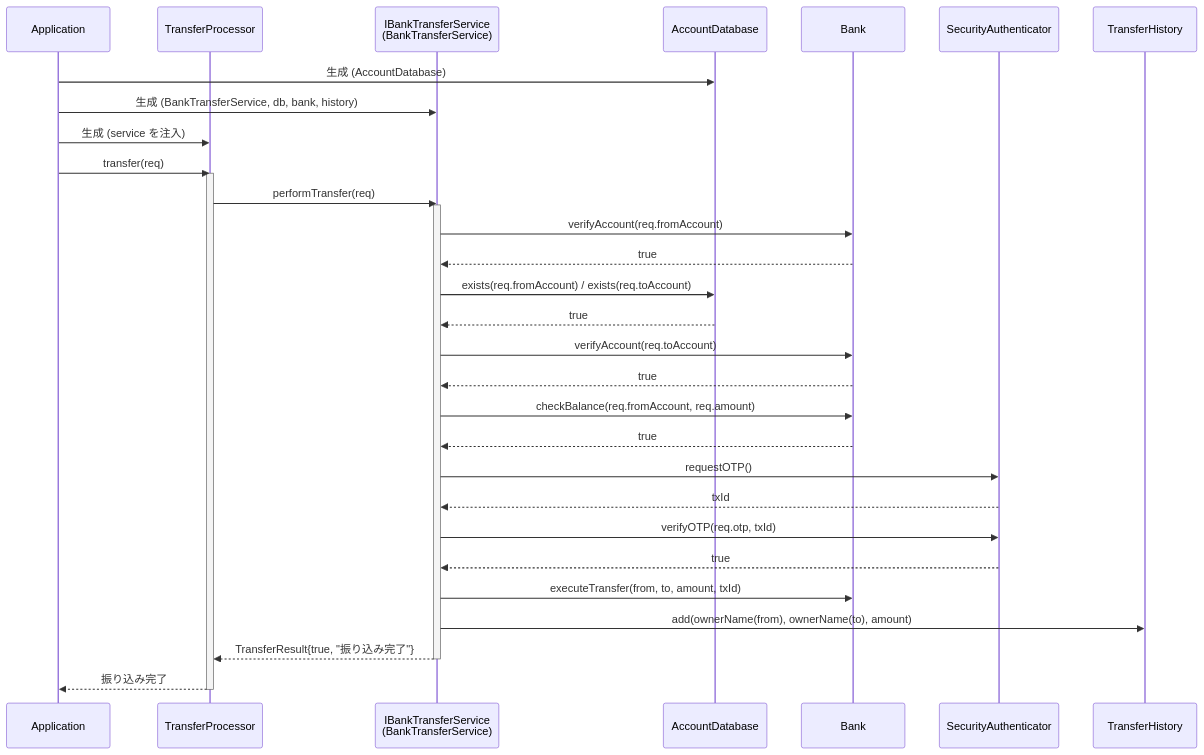
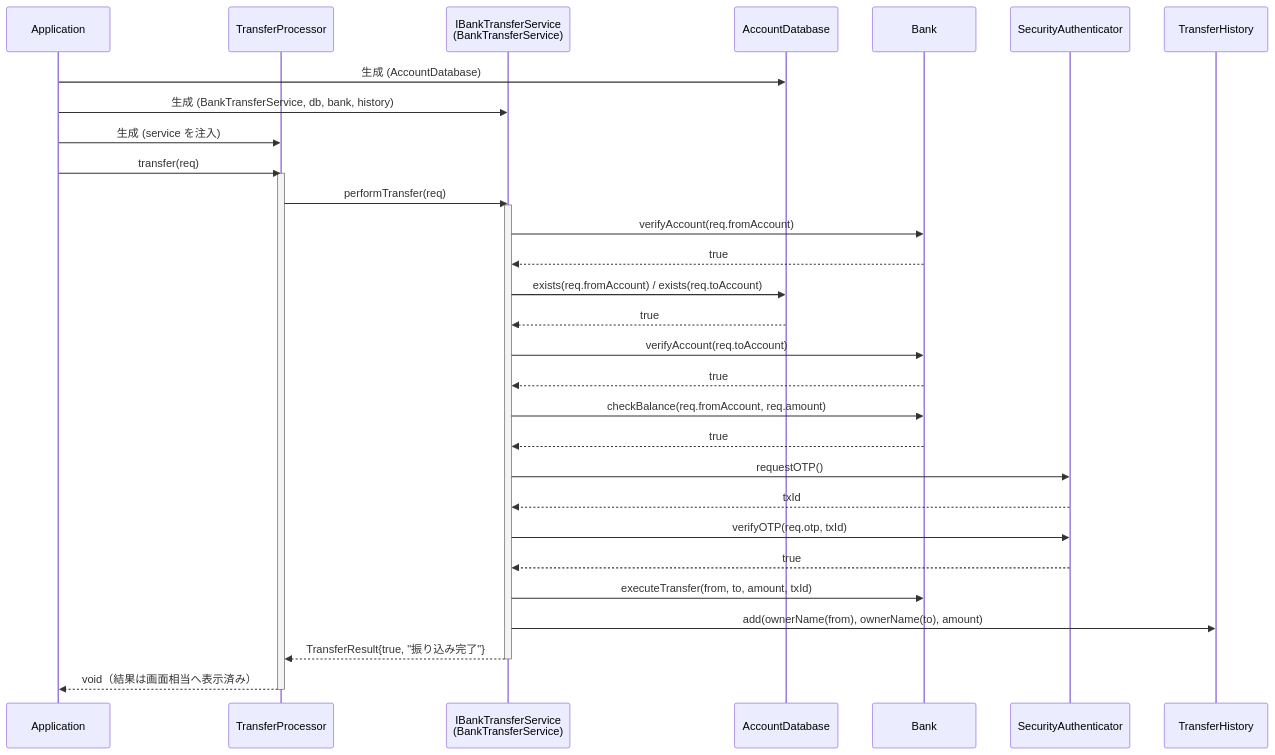
Diagram 14 of 17 in kindle/design-patterns/output/chapter02.md (kumachan1101-pixel/DesignPattern), drawn with Mermaid before and after one commit. The commit also changed other lines of this file and 28 other files, not shown here.

Commit message:
docs: simplify phase 6 design flow

````diff
--- a/kindle/design-patterns/output/chapter02.md
+++ b/kindle/design-patterns/output/chapter02.md
@@ -2275,36 +2219,36 @@
 ```mermaid
 sequenceDiagram
     participant App as Application
     participant T as TransferProcessor
     participant F as IBankTransferService<br/>(BankTransferService)
     participant DB as AccountDatabase
     participant G as Bank
     participant A as SecurityAuthenticator
     participant H as TransferHistory
 
     App->>DB: 生成 (AccountDatabase)
     App->>F: 生成 (BankTransferService, db, bank, history)
     App->>T: 生成 (service を注入)
     App->>T: transfer(req)
     activate T
     T->>F: performTransfer(req)
     activate F
     F->>G: verifyAccount(req.fromAccount)
     G-->>F: true
     F->>DB: exists(req.fromAccount) / exists(req.toAccount)
     DB-->>F: true
     F->>G: verifyAccount(req.toAccount)
     G-->>F: true
     F->>G: checkBalance(req.fromAccount, req.amount)
     G-->>F: true
     F->>A: requestOTP()
     A-->>F: txId
     F->>A: verifyOTP(req.otp, txId)
     A-->>F: true
     F->>G: executeTransfer(from, to, amount, txId)
     F->>H: add(ownerName(from), ownerName(to), amount)
     F-->>T: TransferResult{true, "振り込み完了"}
     deactivate F
-    T-->>App: 振り込み完了
+    T-->>App: void（結果は画面相当へ表示済み）
     deactivate T
 ```
````
